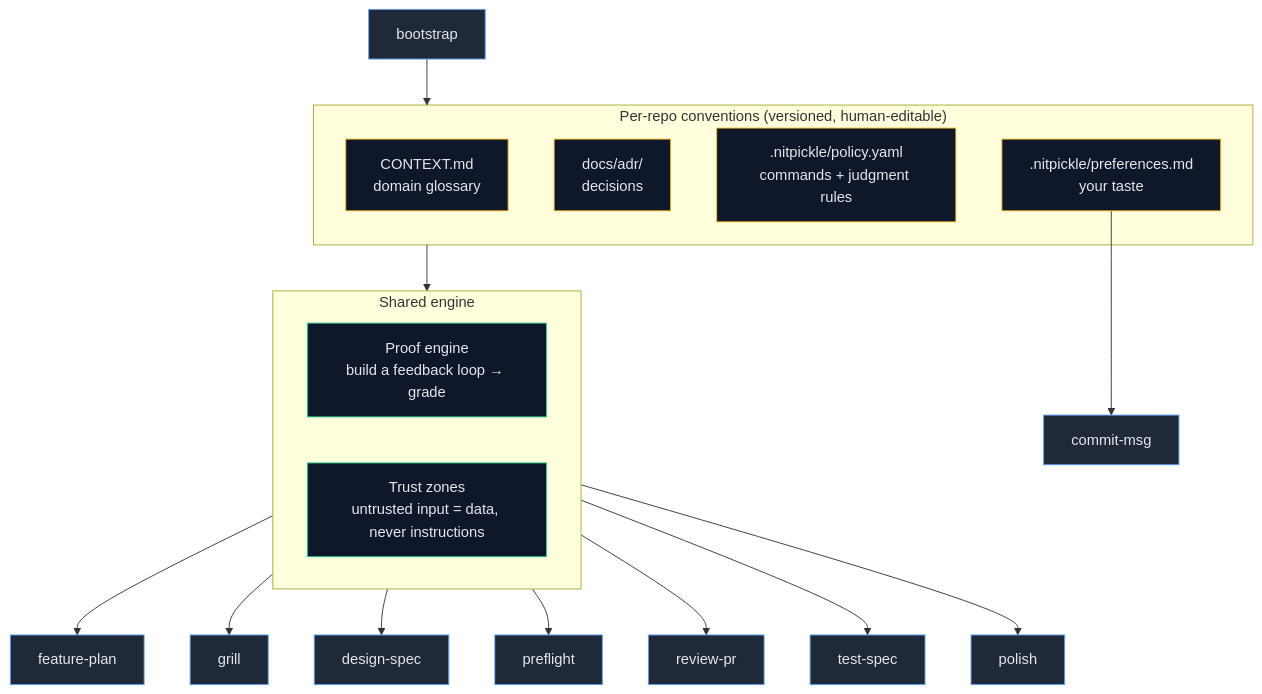
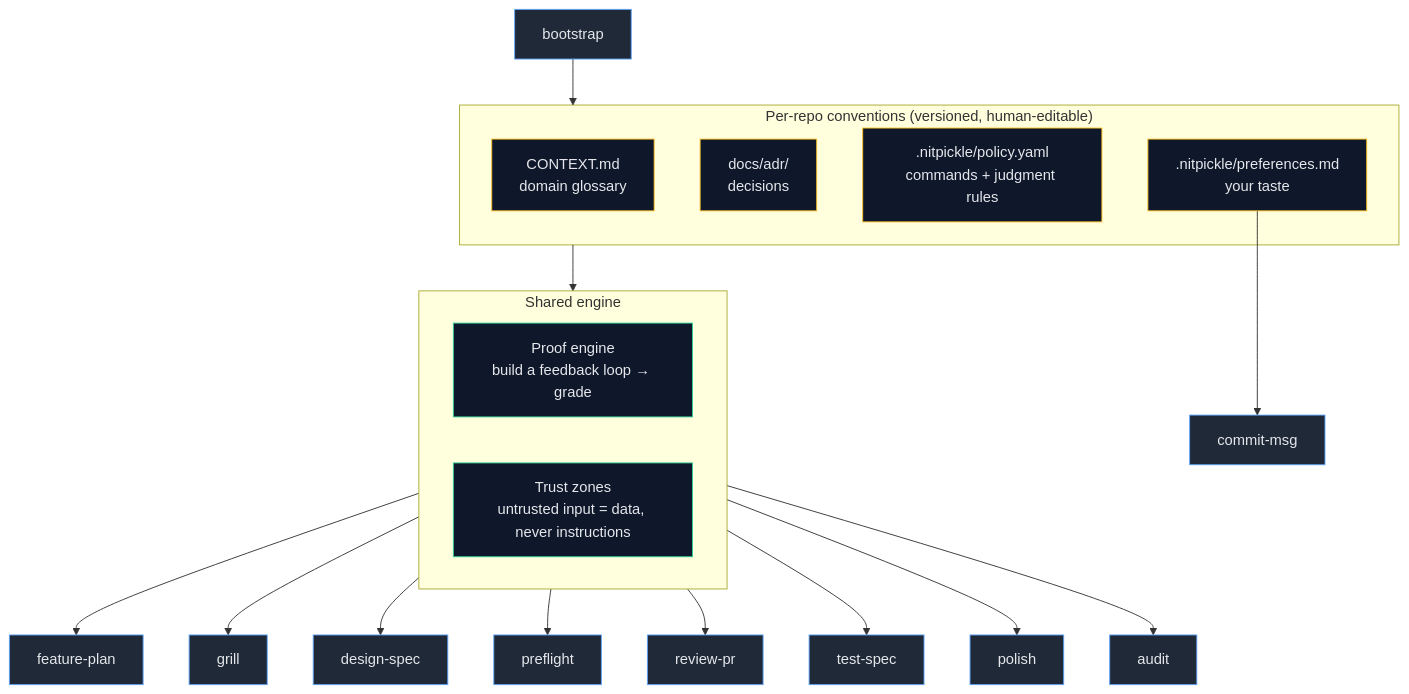
The fourth of 5 diagrams in README.md (powerslider/nitpickle), drawn with Mermaid before and after one commit. The commit also changed other lines of this file and 11 other files, not shown here.

````diff
--- a/README.md
+++ b/README.md
@@ -425,32 +448,33 @@
 ```mermaid
 flowchart TB
     subgraph Inputs["Per-repo conventions (versioned, human-editable)"]
         CTX[CONTEXT.md<br/>domain glossary]
         ADR[docs/adr/<br/>decisions]
         POL[.nitpickle/policy.yaml<br/>commands + judgment rules]
         PRF[.nitpickle/preferences.md<br/>your taste]
     end
 
     subgraph Engine["Shared engine"]
         PROOF[Proof engine<br/>build a feedback loop → grade]
         TRUST[Trust zones<br/>untrusted input = data, never instructions]
     end
 
     Inputs --> Engine
     Engine --> S1[feature-plan]
     Engine --> S2[grill]
     Engine --> S3[design-spec]
     Engine --> S4[preflight]
     Engine --> S5[review-pr]
     Engine --> S7[test-spec]
     Engine --> S8[polish]
+    Engine --> S9[audit]
     PRF --> S6[commit-msg]
     BST[bootstrap] --> Inputs
 
     classDef in fill:#0f172a,stroke:#fbbf24,color:#e5e7eb
     classDef eng fill:#0f172a,stroke:#34d399,color:#e5e7eb
     classDef s fill:#1f2937,stroke:#60a5fa,color:#e5e7eb
     class CTX,ADR,POL,PRF in
     class PROOF,TRUST eng
-    class S1,S2,S3,S4,S5,S6,S7,S8,BST s
+    class S1,S2,S3,S4,S5,S6,S7,S8,S9,BST s
 ```
````
